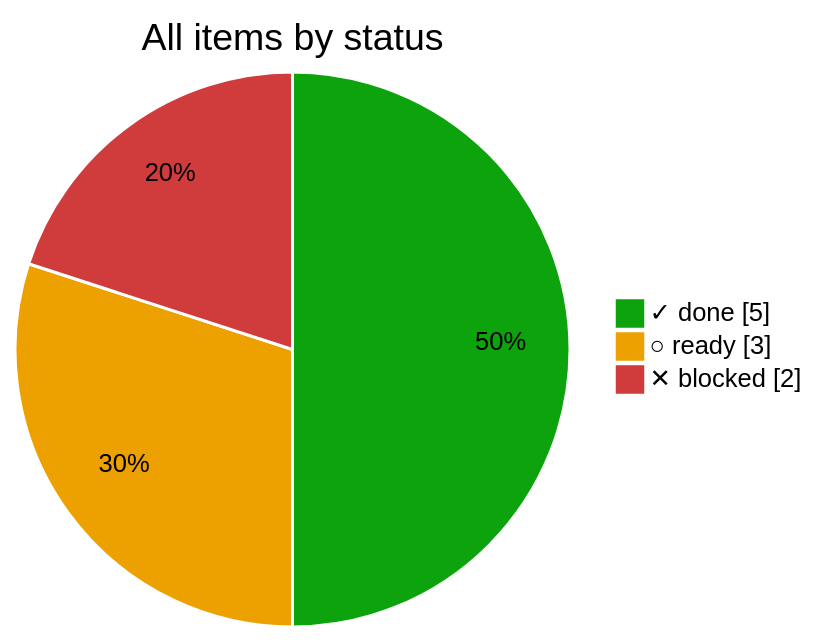
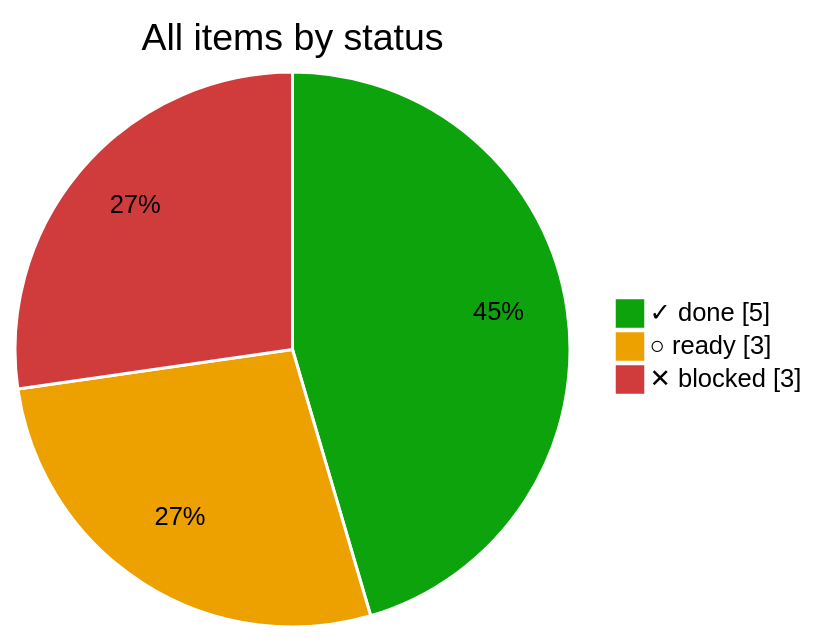
Before and after one commit to bvraghav/pmtrack: the second of 4 diagrams in progress/README.md, drawn with Mermaid. The commit also changed other lines of this file and 5 other files, not shown here.

````diff
--- a/progress/README.md
+++ b/progress/README.md
@@ -22,7 +22,7 @@
 ```mermaid
 %%{init: {"themeVariables": {"pie1": "#0ca30c", "pie2": "#eda100", "pie3": "#d03b3b", "pieOpacity": "1", "pieSectionTextColor": "#000", "pieStrokeColor": "#fff", "pieStrokeWidth": "2px", "pieOuterStrokeWidth": "0px"}}}%%
 pie showData title All items by status
   "✓ done" : 5
   "○ ready" : 3
-  "✕ blocked" : 2
+  "✕ blocked" : 3
 ```
````
